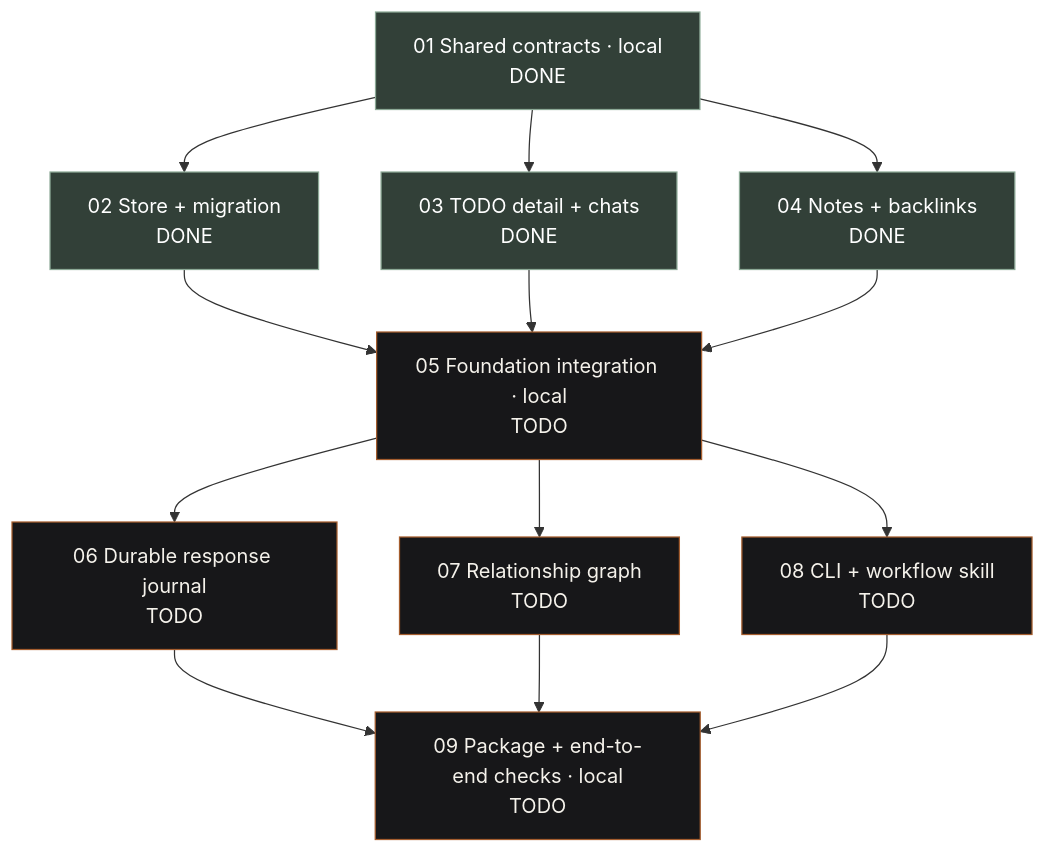
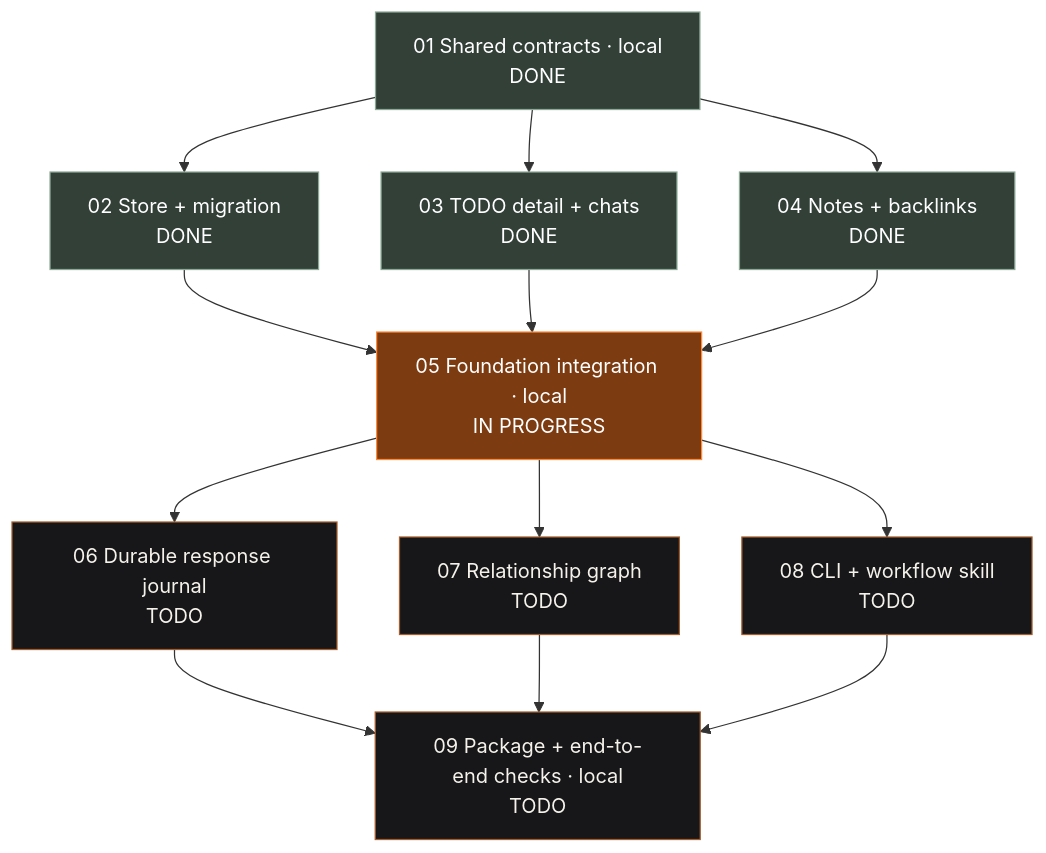
One commit to vatsalsaglani/Cider changed the diagram in docs/plans/linked-work/00-overview.md. Above: the diagram before and after it, drawn with Mermaid. The commit also changed other lines of this file and 20 other files, not shown here.

````diff
--- a/docs/plans/linked-work/00-overview.md
+++ b/docs/plans/linked-work/00-overview.md
@@ -38,27 +38,27 @@
 ```mermaid
 flowchart TD
     P01["01 Shared contracts · local<br/>DONE"]:::done
     P02["02 Store + migration<br/>DONE"]:::done
     P03["03 TODO detail + chats<br/>DONE"]:::done
     P04["04 Notes + backlinks<br/>DONE"]:::done
-    P05["05 Foundation integration · local<br/>TODO"]:::todo
+    P05["05 Foundation integration · local<br/>IN PROGRESS"]:::inprogress
     P06["06 Durable response journal<br/>TODO"]:::todo
     P07["07 Relationship graph<br/>TODO"]:::todo
     P08["08 CLI + workflow skill<br/>TODO"]:::todo
     P09["09 Package + end-to-end checks · local<br/>TODO"]:::todo
     P01 --> P02
     P01 --> P03
     P01 --> P04
     P02 --> P05
     P03 --> P05
     P04 --> P05
     P05 --> P06
     P05 --> P07
     P05 --> P08
     P06 --> P09
     P07 --> P09
     P08 --> P09
     classDef todo fill:#171719,color:#f5f2eb,stroke:#a45d2e
     classDef inprogress fill:#7d3b12,color:#fff,stroke:#ff8b38
     classDef done fill:#324038,color:#fff,stroke:#8ca996
 ```
````
